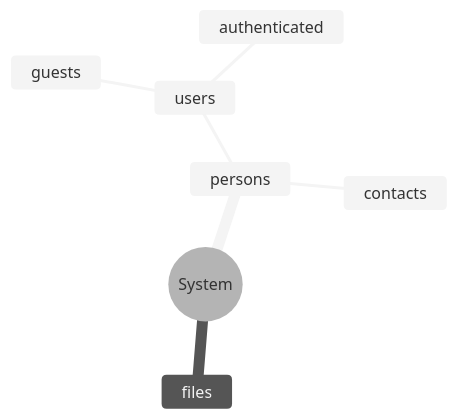
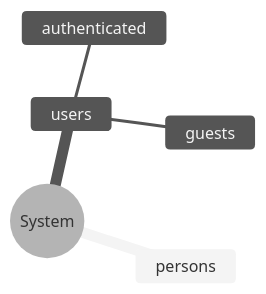
One commit to virtualitems/nestjs-users changed the diagram in docs/domain.md. Above: the diagram before and after it, drawn with Mermaid (neutral theme).

Commit message:
Update domain documentation to reflect revised user hierarchy structure

````diff
--- a/docs/domain.md
+++ b/docs/domain.md
@@ -3,10 +3,8 @@
 ```mermaid
 mindmap
     root((System))
         persons
-            users
-                guests
-                authenticated
-            contacts
-        files
+        users
+            guests
+            authenticated
 ```
````
